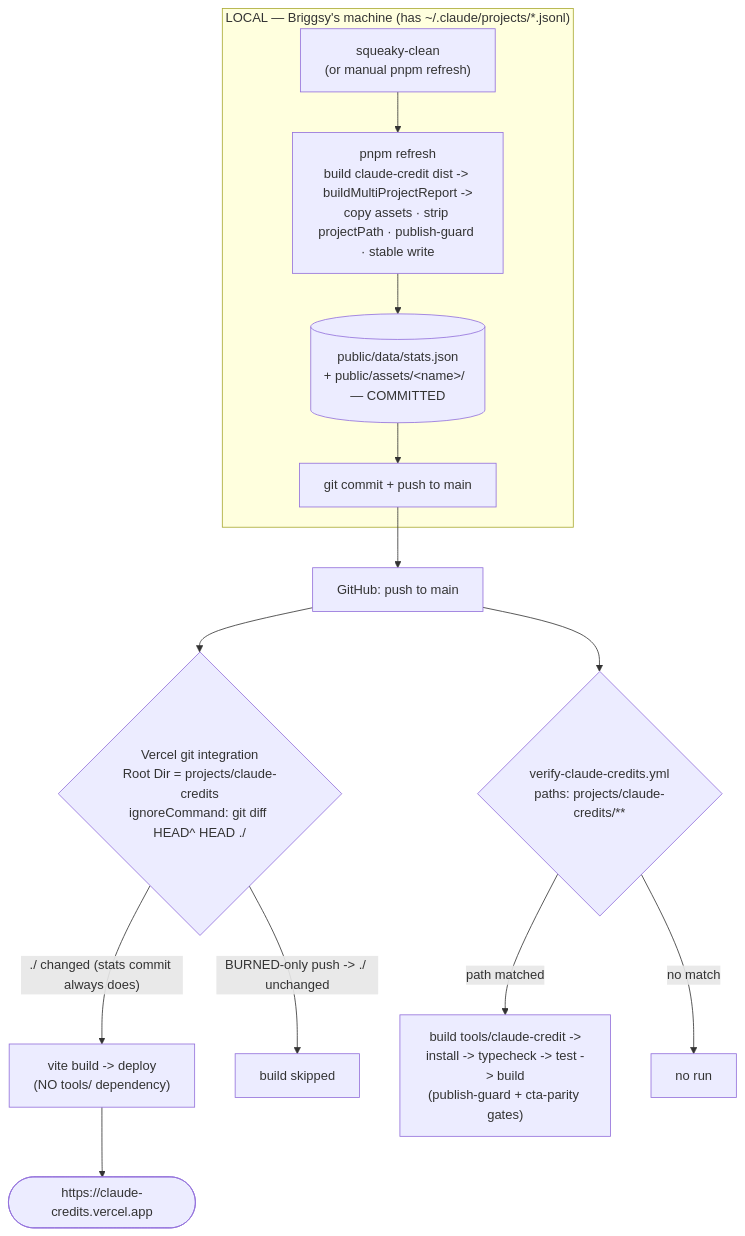
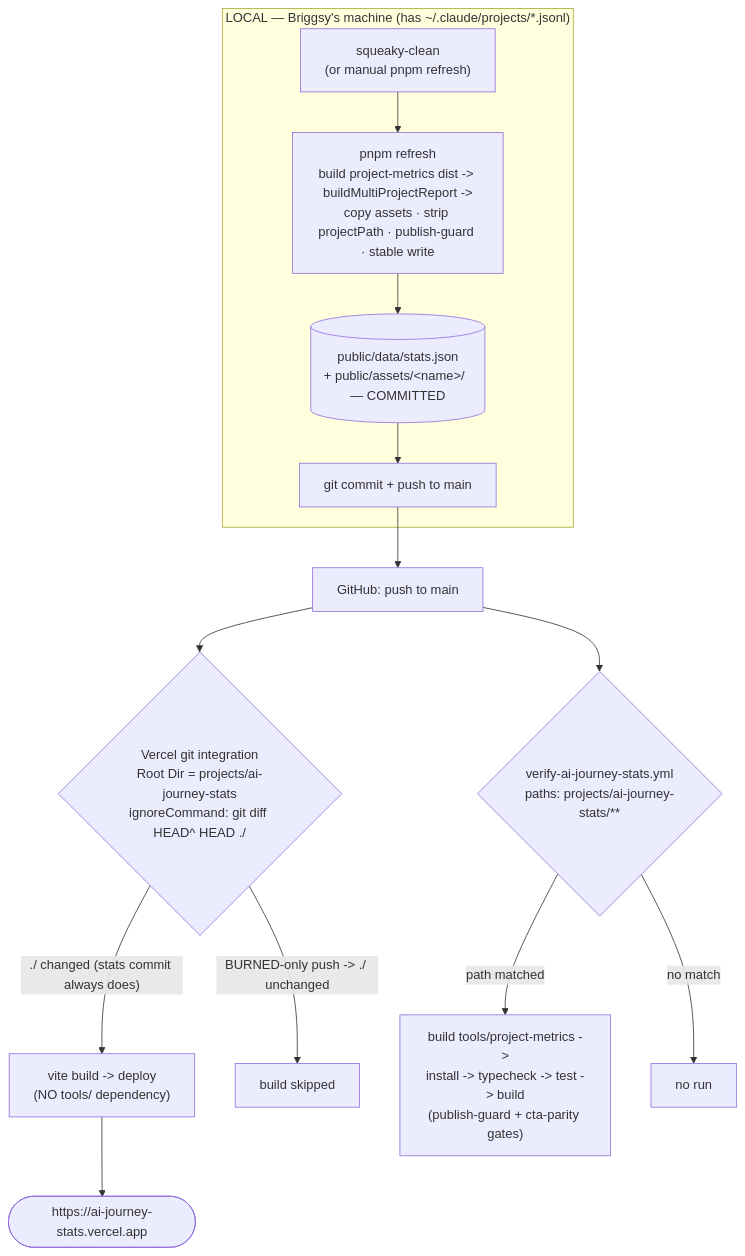
Before and after one commit to mbriggsy/ai-learning-journey: the diagram in projects/claude-credits/docs/plans/phase-8-deploy.md, drawn with Mermaid. The commit also changed other lines of this file and 76 other files, not shown here.

````diff
--- a/projects/claude-credits/docs/plans/phase-8-deploy.md
+++ b/projects/claude-credits/docs/plans/phase-8-deploy.md
@@ -73,19 +73,19 @@
 ```mermaid
 flowchart TD
   subgraph local["LOCAL — Briggsy's machine (has ~/.claude/projects/*.jsonl)"]
-    SQ["squeaky-clean<br/>(or manual pnpm refresh)"] --> REF["pnpm refresh<br/>build claude-credit dist -> buildMultiProjectReport -><br/>copy assets · strip projectPath · publish-guard · stable write"]
+    SQ["squeaky-clean<br/>(or manual pnpm refresh)"] --> REF["pnpm refresh<br/>build project-metrics dist -> buildMultiProjectReport -><br/>copy assets · strip projectPath · publish-guard · stable write"]
     REF --> SJ[("public/data/stats.json<br/>+ public/assets/&lt;name&gt;/  — COMMITTED")]
     SJ --> PUSH["git commit + push to main"]
   end
 
   PUSH --> GH["GitHub: push to main"]
 
-  GH --> VERCEL{"Vercel git integration<br/>Root Dir = projects/claude-credits<br/>ignoreCommand: git diff HEAD^ HEAD ./"}
+  GH --> VERCEL{"Vercel git integration<br/>Root Dir = projects/ai-journey-stats<br/>ignoreCommand: git diff HEAD^ HEAD ./"}
   VERCEL -->|"./ changed (stats commit always does)"| BUILD["vite build -> deploy<br/>(NO tools/ dependency)"]
   VERCEL -->|"BURNED-only push -> ./ unchanged"| SKIP["build skipped"]
-  BUILD --> LIVE([" https://claude-credits.vercel.app "])
+  BUILD --> LIVE([" https://ai-journey-stats.vercel.app "])
 
-  GH --> CI{"verify-claude-credits.yml<br/>paths: projects/claude-credits/**"}
-  CI -->|"path matched"| VERIFY["build tools/claude-credit -><br/>install -> typecheck -> test -> build<br/>(publish-guard + cta-parity gates)"]
+  GH --> CI{"verify-ai-journey-stats.yml<br/>paths: projects/ai-journey-stats/**"}
+  CI -->|"path matched"| VERIFY["build tools/project-metrics -><br/>install -> typecheck -> test -> build<br/>(publish-guard + cta-parity gates)"]
   CI -->|"no match"| NOOP["no run"]
 ```
````
